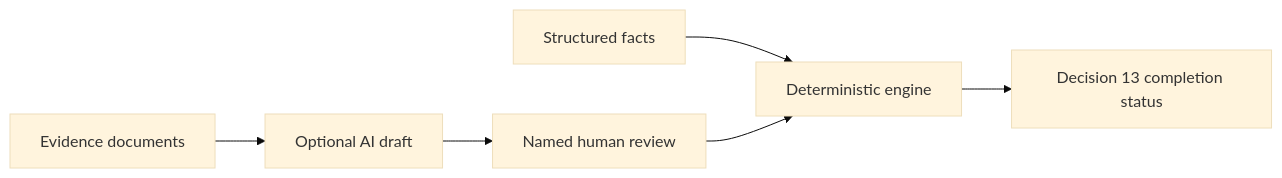
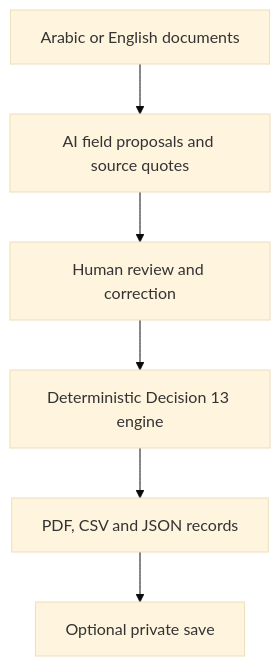
Before and after one commit to Chezhira/fta13-uae-input-tax-verification: the diagram in README.md, drawn with Mermaid (base theme). The commit also changed other lines of this file and 3 other files, not shown here.

````diff
--- a/README.md
+++ b/README.md
@@ -50,8 +47,8 @@
 ```mermaid
-flowchart LR
-    A[Structured facts] --> B[Deterministic engine]
-    B --> C[Decision 13 completion status]
-    D[Evidence documents] --> E[Optional AI draft]
-    E --> F[Named human review]
-    F --> B
+flowchart TD
+    A["Arabic or English documents"] --> B["AI field proposals and source quotes"]
+    B --> C["Human review and correction"]
+    C --> D["Deterministic Decision 13 engine"]
+    D --> E["PDF, CSV and JSON records"]
+    E --> F["Optional private save"]
 ```
````
